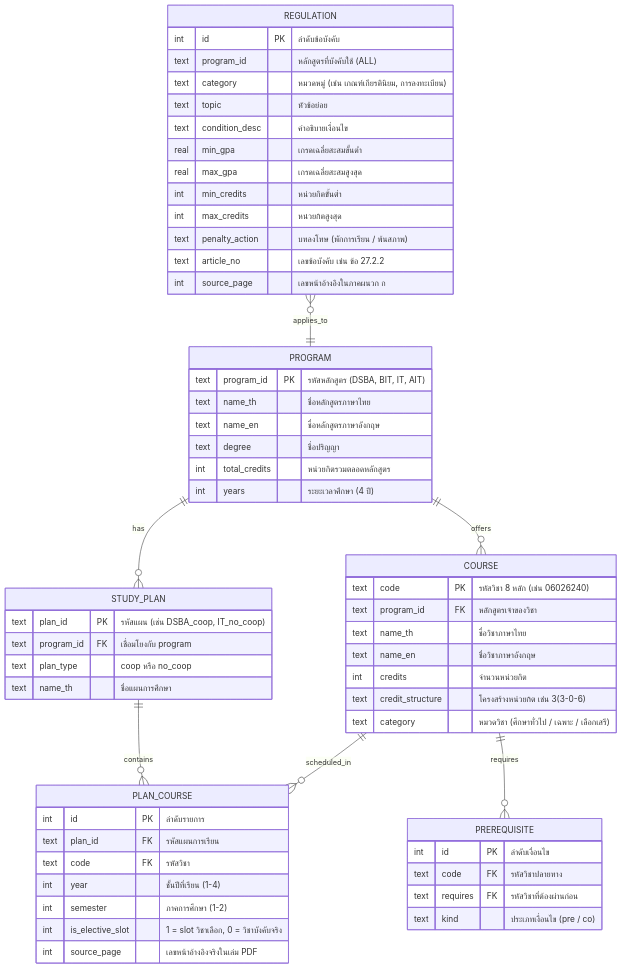
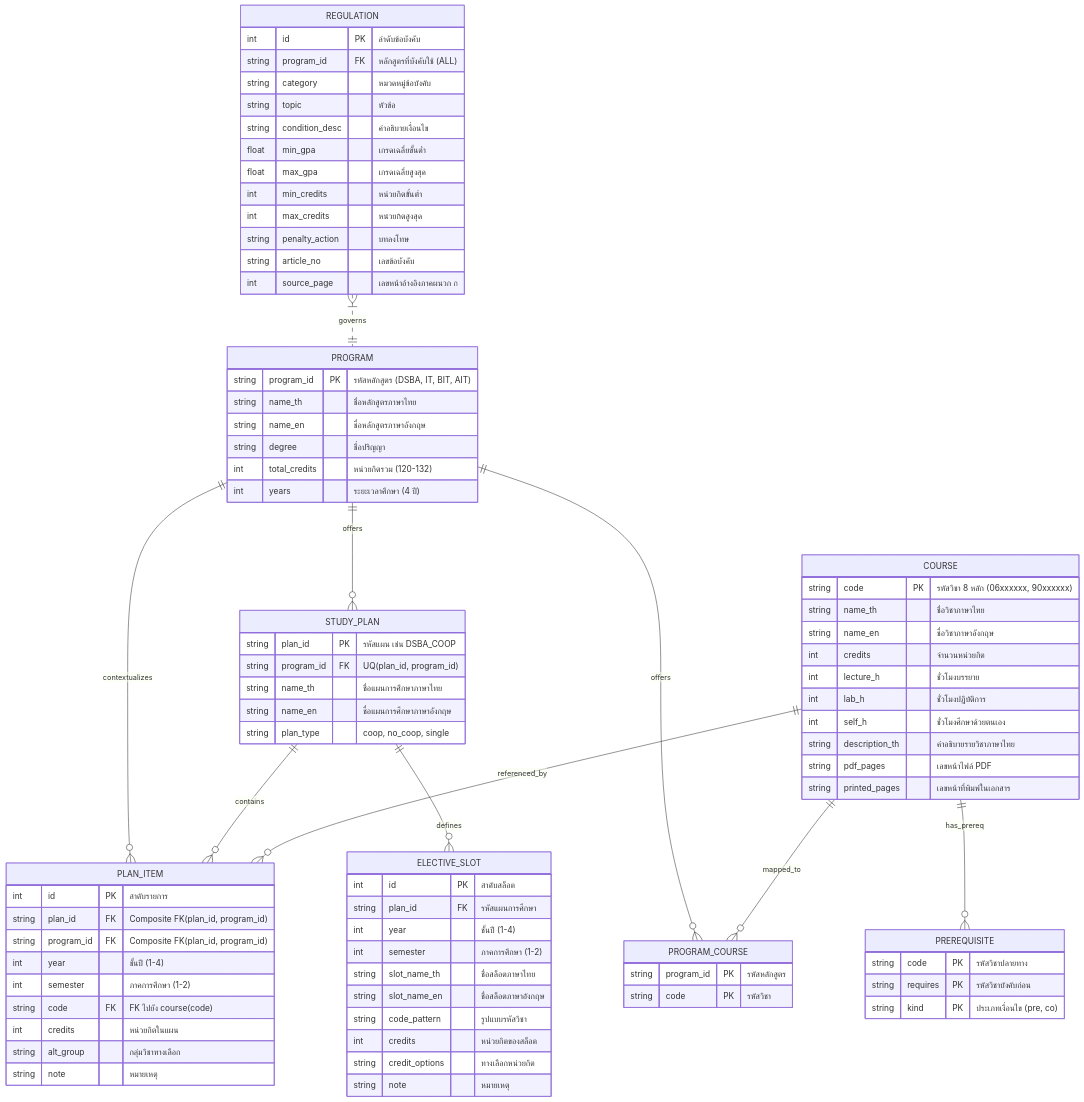
The second of 2 diagrams in pipeline_guide_and_presentation_script.md (dewy-cloud/isd-2026-luksuitpiti-10), drawn with Mermaid before and after one commit. The commit also changed other lines of this file and 122 other files, not shown here.

````diff
--- a/pipeline_guide_and_presentation_script.md
+++ b/pipeline_guide_and_presentation_script.md
@@ -251,67 +270,86 @@
 ```mermaid
 erDiagram
-    PROGRAM ||--o{ STUDY_PLAN : "has"
-    PROGRAM ||--o{ COURSE : "offers"
-    STUDY_PLAN ||--o{ PLAN_COURSE : "contains"
-    COURSE ||--o{ PLAN_COURSE : "scheduled_in"
-    COURSE ||--o{ PREREQUISITE : "requires"
-    REGULATION }o--|| PROGRAM : "applies_to"
+    PROGRAM ||--o{ STUDY_PLAN : offers
+    PROGRAM ||--o{ PROGRAM_COURSE : offers
+    PROGRAM ||--o{ PLAN_ITEM : contextualizes
+    STUDY_PLAN ||--o{ PLAN_ITEM : contains
+    STUDY_PLAN ||--o{ ELECTIVE_SLOT : defines
+    COURSE ||--o{ PLAN_ITEM : referenced_by
+    COURSE ||--o{ PROGRAM_COURSE : mapped_to
+    COURSE ||--o{ PREREQUISITE : has_prereq
+    REGULATION }|..|| PROGRAM : governs
 
     PROGRAM {
-        text program_id PK "รหัสหลักสูตร (DSBA, BIT, IT, AIT)"
-        text name_th "ชื่อหลักสูตรภาษาไทย"
-        text name_en "ชื่อหลักสูตรภาษาอังกฤษ"
-        text degree "ชื่อปริญญา"
-        int total_credits "หน่วยกิตรวมตลอดหลักสูตร"
+        string program_id PK "รหัสหลักสูตร (DSBA, IT, BIT, AIT)"
+        string name_th "ชื่อหลักสูตรภาษาไทย"
+        string name_en "ชื่อหลักสูตรภาษาอังกฤษ"
+        string degree "ชื่อปริญญา"
+        int total_credits "หน่วยกิตรวม (120-132)"
         int years "ระยะเวลาศึกษา (4 ปี)"
     }
-
     STUDY_PLAN {
-        text plan_id PK "รหัสแผน (เช่น DSBA_coop, IT_no_coop)"
-        text program_id FK "เชื่อมโยงกับ program"
-        text plan_type "coop หรือ no_coop"
-        text name_th "ชื่อแผนการศึกษา"
+        string plan_id PK "รหัสแผน เช่น DSBA_COOP"
+        string program_id FK "UQ(plan_id, program_id)"
+        string name_th "ชื่อแผนการศึกษาภาษาไทย"
+        string name_en "ชื่อแผนการศึกษาภาษาอังกฤษ"
+        string plan_type "coop, no_coop, single"
     }
-
     COURSE {
-        text code PK "รหัสวิชา 8 หลัก (เช่น 06026240)"
-        text program_id FK "หลักสูตรเจ้าของวิชา"
-        text name_th "ชื่อวิชาภาษาไทย"
-        text name_en "ชื่อวิชาภาษาอังกฤษ"
+        string code PK "รหัสวิชา 8 หลัก (06xxxxxx, 90xxxxxx)"
+        string name_th "ชื่อวิชาภาษาไทย"
+        string name_en "ชื่อวิชาภาษาอังกฤษ"
         int credits "จำนวนหน่วยกิต"
-        text credit_structure "โครงสร้างหน่วยกิต เช่น 3(3-0-6)"
-        text category "หมวดวิชา (ศึกษาทั่วไป / เฉพาะ / เลือกเสรี)"
+        int lecture_h "ชั่วโมงบรรยาย"
+        int lab_h "ชั่วโมงปฏิบัติการ"
+        int self_h "ชั่วโมงศึกษาด้วยตนเอง"
+        string description_th "คำอธิบายรายวิชาภาษาไทย"
+        string pdf_pages "เลขหน้าไฟล์ PDF"
+        string printed_pages "เลขหน้าที่พิมพ์ในเอกสาร"
     }
-
-    PLAN_COURSE {
+    PLAN_ITEM {
         int id PK "ลำดับรายการ"
-        text plan_id FK "รหัสแผนการเรียน"
-        text code FK "รหัสวิชา"
-        int year "ชั้นปีที่เรียน (1-4)"
+        string plan_id FK "Composite FK(plan_id, program_id)"
+        string program_id FK "Composite FK(plan_id, program_id)"
+        int year "ชั้นปี (1-4)"
         int semester "ภาคการศึกษา (1-2)"
-        int is_elective_slot "1 = slot วิชาเลือก, 0 = วิชาบังคับจริง"
-        int source_page "เลขหน้าอ้างอิงจริงในเล่ม PDF"
+        string code FK "FK ไปยัง course(code)"
+        int credits "หน่วยกิตในแผน"
+        string alt_group "กลุ่มวิชาทางเลือก"
+        string note "หมายเหตุ"
     }
-
+    ELECTIVE_SLOT {
+        int id PK "ลำดับสล็อต"
+        string plan_id FK "รหัสแผนการศึกษา"
+        int year "ชั้นปี (1-4)"
+        int semester "ภาคการศึกษา (1-2)"
+        string slot_name_th "ชื่อสล็อตภาษาไทย"
+        string slot_name_en "ชื่อสล็อตภาษาอังกฤษ"
+        string code_pattern "รูปแบบรหัสวิชา"
+        int credits "หน่วยกิตของสล็อต"
+        string credit_options "ทางเลือกหน่วยกิต"
+        string note "หมายเหตุ"
+    }
+    PROGRAM_COURSE {
+        string program_id PK "รหัสหลักสูตร"
+        string code PK "รหัสวิชา"
+    }
     PREREQUISITE {
-        int id PK "ลำดับเงื่อนไข"
-        text code FK "รหัสวิชาปลายทาง"
-        text requires FK "รหัสวิชาที่ต้องผ่านก่อน"
-        text kind "ประเภทเงื่อนไข (pre / co)"
+        string code PK "รหัสวิชาปลายทาง"
+        string requires PK "รหัสวิชาบังคับก่อน"
+        string kind PK "ประเภทเงื่อนไข (pre, co)"
     }
-
     REGULATION {
         int id PK "ลำดับข้อบังคับ"
-        text program_id "หลักสูตรที่บังคับใช้ (ALL)"
-        text category "หมวดหมู่ (เช่น เกณฑ์เกียรตินิยม, การลงทะเบียน)"
-        text topic "หัวข้อย่อย"
-        text condition_desc "คำอธิบายเงื่อนไข"
-        real min_gpa "เกรดเฉลี่ยสะสมขั้นต่ำ"
-        real max_gpa "เกรดเฉลี่ยสะสมสูงสุด"
+        string program_id FK "หลักสูตรที่บังคับใช้ (ALL)"
+        string category "หมวดหมู่ข้อบังคับ"
+        string topic "หัวข้อ"
+        string condition_desc "คำอธิบายเงื่อนไข"
+        float min_gpa "เกรดเฉลี่ยขั้นต่ำ"
+        float max_gpa "เกรดเฉลี่ยสูงสุด"
         int min_credits "หน่วยกิตขั้นต่ำ"
         int max_credits "หน่วยกิตสูงสุด"
-        text penalty_action "บทลงโทษ (พักการเรียน / พ้นสภาพ)"
-        text article_no "เลขข้อบังคับ เช่น ข้อ 27.2.2"
-        int source_page "เลขหน้าอ้างอิงในภาคผนวก ก"
+        string penalty_action "บทลงโทษ"
+        string article_no "เลขข้อบังคับ"
+        int source_page "เลขหน้าอ้างอิงภาคผนวก ก"
     }
 ```
````
